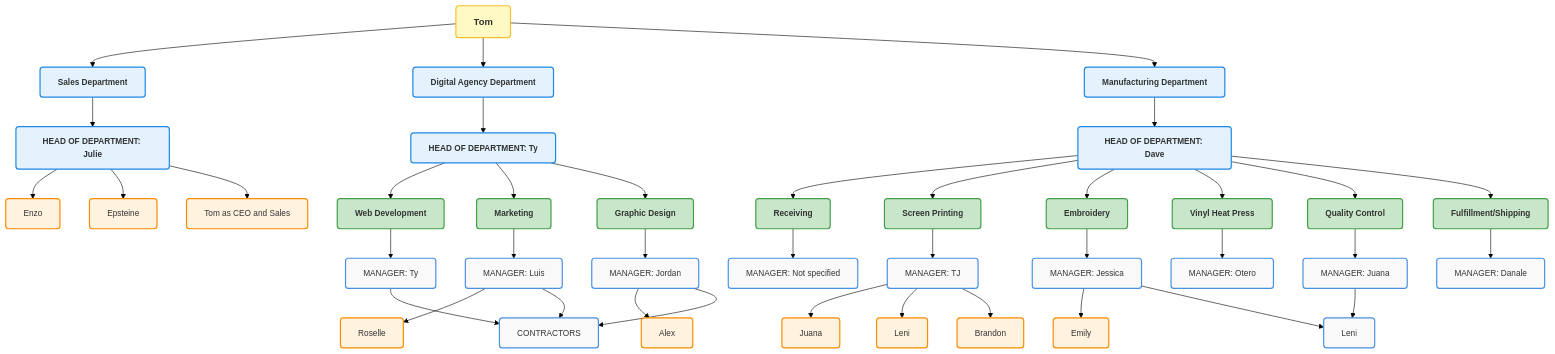
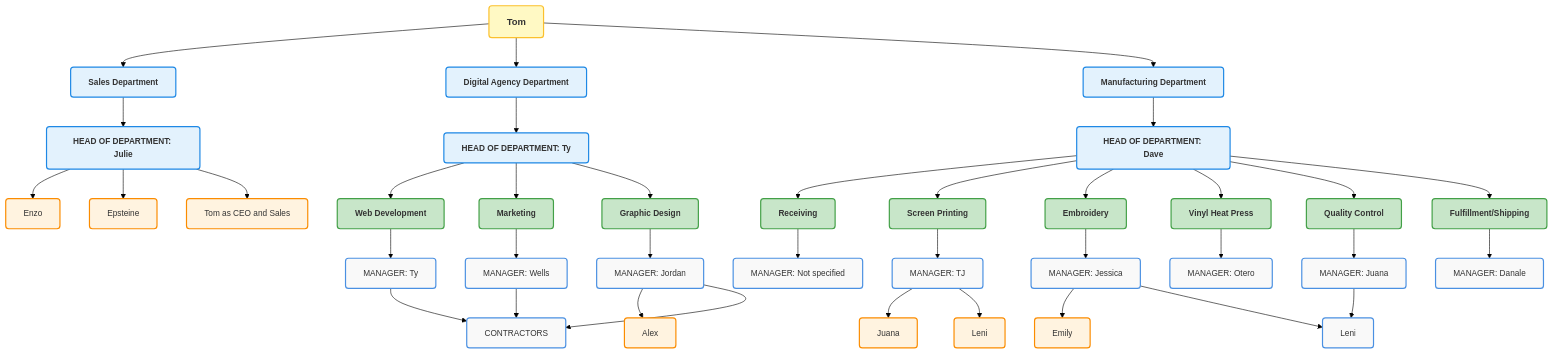
Before and after one commit to TyGrim13/4WinnerFlows: the first of 16 diagrams in README.md, drawn with Mermaid.

Commit message:
Update employees README.md

```diff
--- a/README.md
+++ b/README.md
@@ -77,11 +77,10 @@
     WebDev[Web Development]
     WebSup[MANAGER: Ty]
     Marketing[Marketing]
-    MarkSup[MANAGER: Luis]
+    MarkSup[MANAGER: Wells]
     GraphicDesign[Graphic Design]
     GDSup[MANAGER: Jordan]
     Alex[Alex]
-    Roselle[Roselle]
     CEO --> DigitalAgency
     DigitalAgency --> DigitalMgr
     DigitalMgr --> WebDev
@@ -92,7 +91,6 @@
     GraphicDesign --> GDSup
     GDSup --> Alex
     GDSup --> CONTRACTORS
-    MarkSup --> Roselle
     MarkSup --> CONTRACTORS
     WebSup --> CONTRACTORS
 
@@ -106,7 +104,6 @@
     RecSup[MANAGER: Not specified]
     ScreenPrinting[Screen Printing]
     SP[MANAGER: TJ]
-    SPBrandon[Brandon]
     SPJuana[Juana]
     SPLeni[Leni]
     Embroidery[Embroidery]
@@ -126,7 +123,6 @@
     ScreenPrinting --> SP
     SP --> SPJuana
     SP --> SPLeni
-    SP --> SPBrandon
     ManuMgr --> Embroidery
     Embroidery --> EmbSup
     EmbSup --> Emily
```
